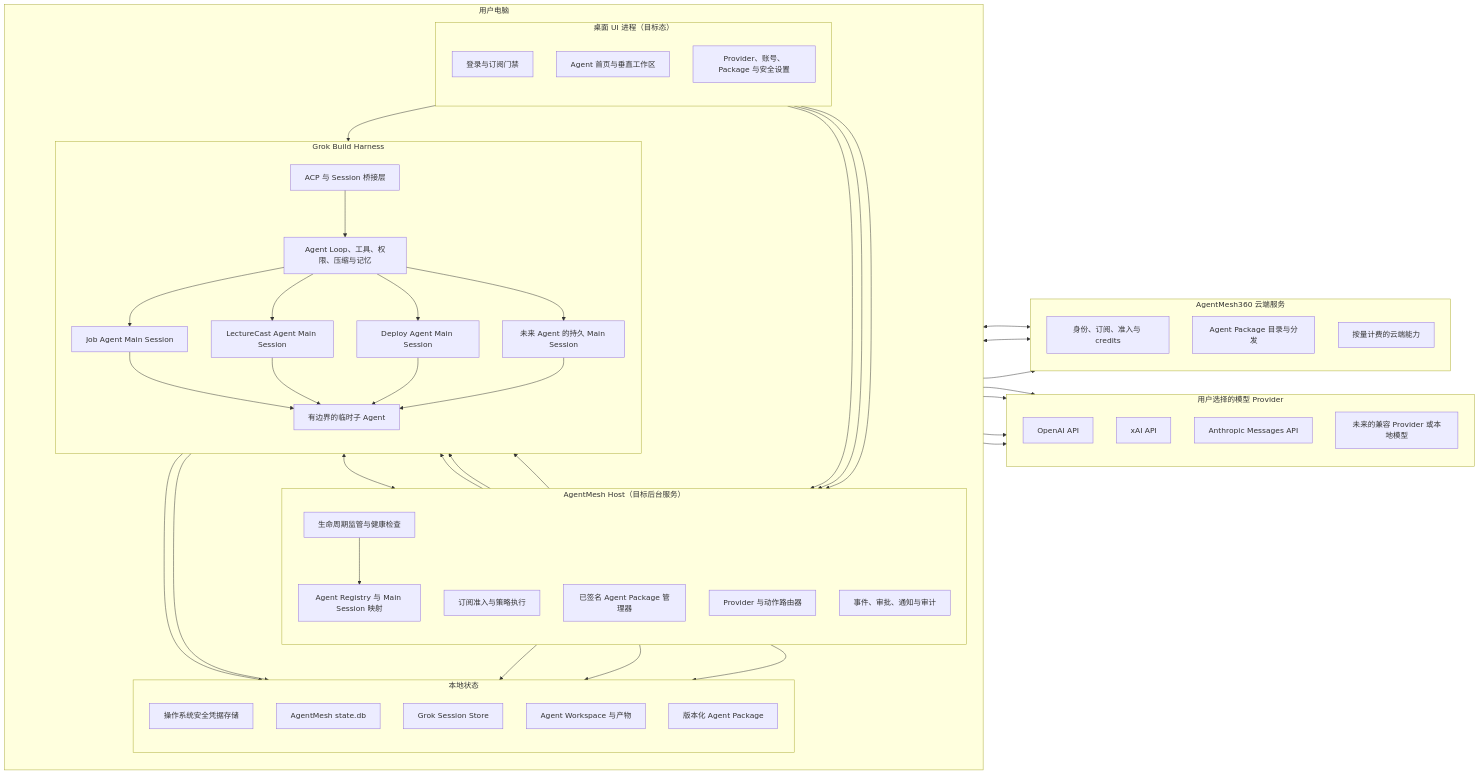
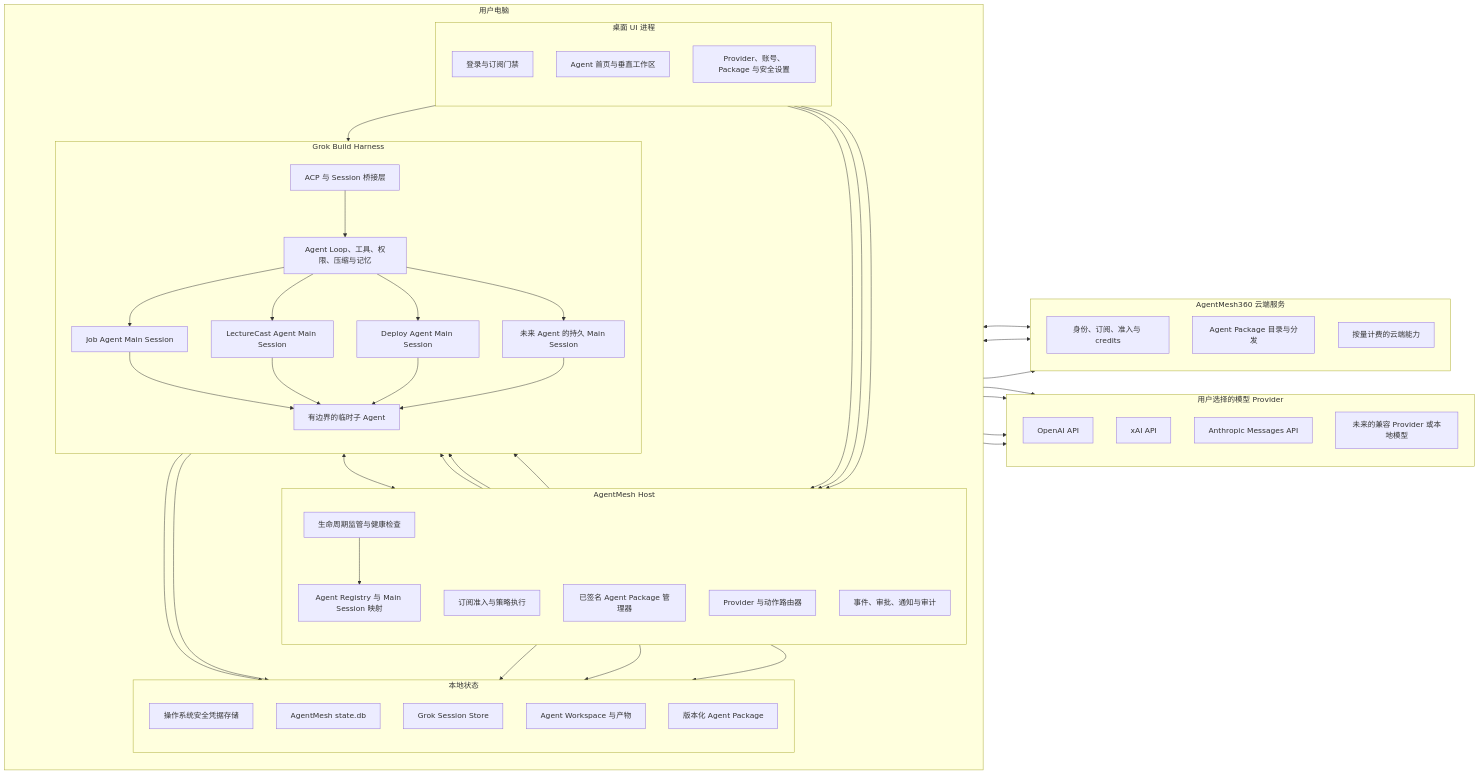
The third of 8 diagrams in docs/architecture/PRODUCT_BLUEPRINT.md (jiyangnan/AgentMesh360-Client), drawn with Mermaid before and after one commit. The commit also changed other lines of this file and 22 other files, not shown here.

```diff
--- a/docs/architecture/PRODUCT_BLUEPRINT.md
+++ b/docs/architecture/PRODUCT_BLUEPRINT.md
@@ -148,14 +150,14 @@
 flowchart LR
     subgraph OS["用户电脑"]
         direction TB
-        subgraph UI["桌面 UI 进程（目标态）"]
+        subgraph UI["桌面 UI 进程"]
             direction TB
             SHELL["登录与订阅门禁"]
             AGENT_UI["Agent 首页与垂直工作区"]
             SETTINGS_UI["Provider、账号、Package 与安全设置"]
         end
 
-        subgraph HOST["AgentMesh Host（目标后台服务）"]
+        subgraph HOST["AgentMesh Host"]
             direction TB
             SUPERVISOR["生命周期监管与健康检查"]
             AUTHZ["订阅准入与策略执行"]
```
